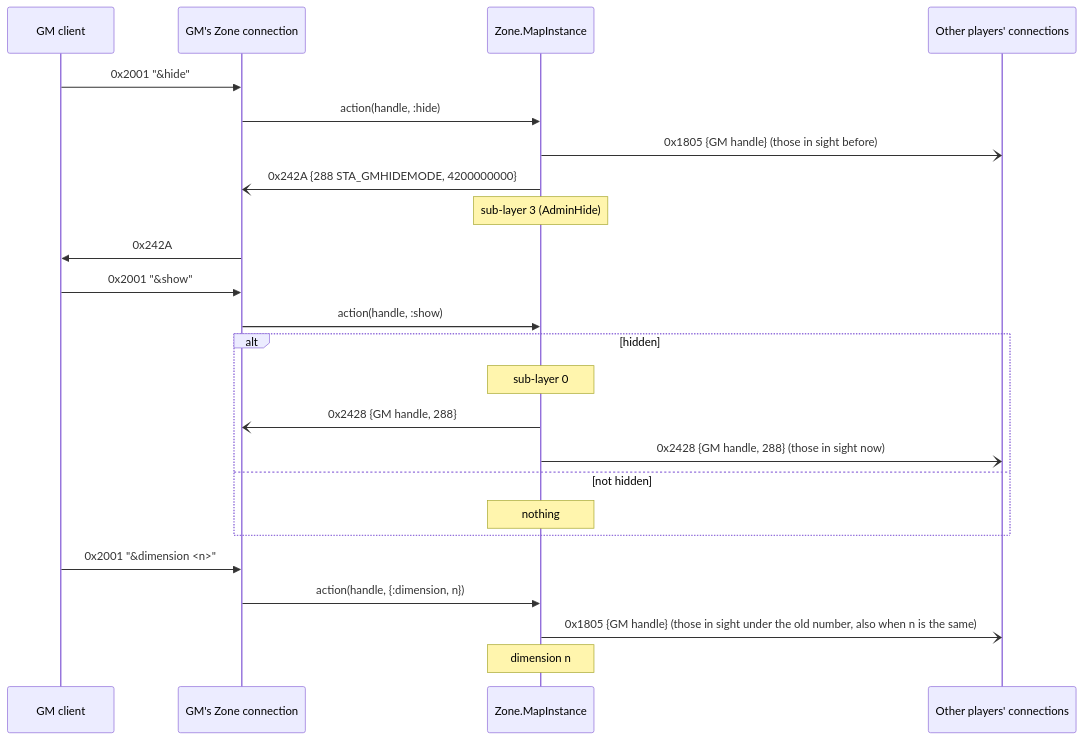
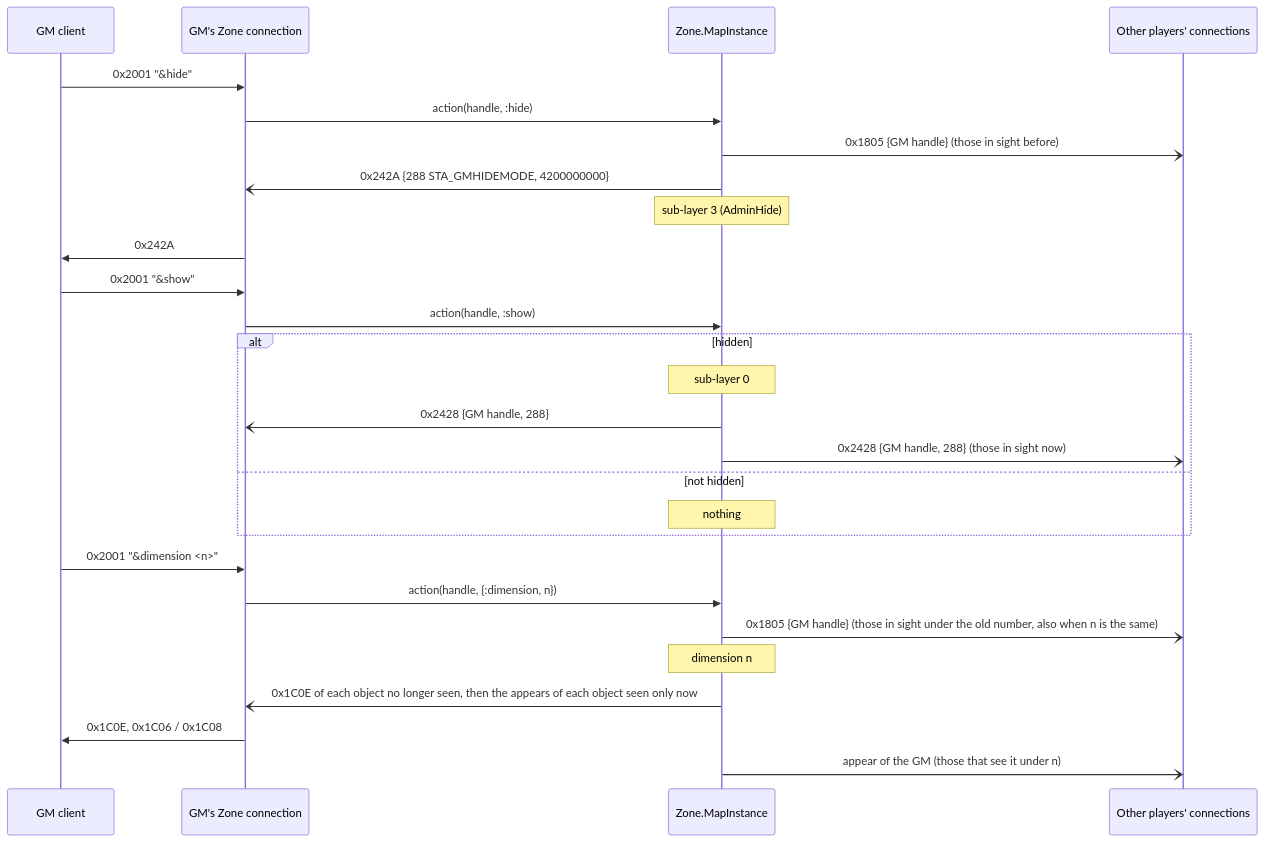
One commit to wbpascal/pinata changed the second of 4 diagrams in server/docs/technical/flows/gm-commands.md. Above: the diagram before and after it, drawn with Mermaid. The commit also changed other lines of this file and 10 other files, not shown here.

Commit message:
&dimension sends one exchange: the GM's deletes and appears, its appear to the new dimension (#154)

````diff
--- a/server/docs/technical/flows/gm-commands.md
+++ b/server/docs/technical/flows/gm-commands.md
@@ -58,26 +58,29 @@
 ```mermaid
 sequenceDiagram
     participant C as GM client
     participant Z as GM's Zone connection
     participant M as Zone.MapInstance
     participant O as Other players' connections
     C->>Z: 0x2001 "&hide"
     Z->>M: action(handle, :hide)
     M-)O: 0x1805 {GM handle} (those in sight before)
     M-)Z: 0x242A {288 STA_GMHIDEMODE, 4200000000}
     Note over M: sub-layer 3 (AdminHide)
     Z->>C: 0x242A
     C->>Z: 0x2001 "&show"
     Z->>M: action(handle, :show)
     alt hidden
         Note over M: sub-layer 0
         M-)Z: 0x2428 {GM handle, 288}
         M-)O: 0x2428 {GM handle, 288} (those in sight now)
     else not hidden
         Note over M: nothing
     end
     C->>Z: 0x2001 "&dimension <n>"
     Z->>M: action(handle, {:dimension, n})
     M-)O: 0x1805 {GM handle} (those in sight under the old number, also when n is the same)
     Note over M: dimension n
+    M-)Z: 0x1C0E of each object no longer seen, then the appears of each object seen only now
+    Z->>C: 0x1C0E, 0x1C06 / 0x1C08
+    M-)O: appear of the GM (those that see it under n)
 ```
````
